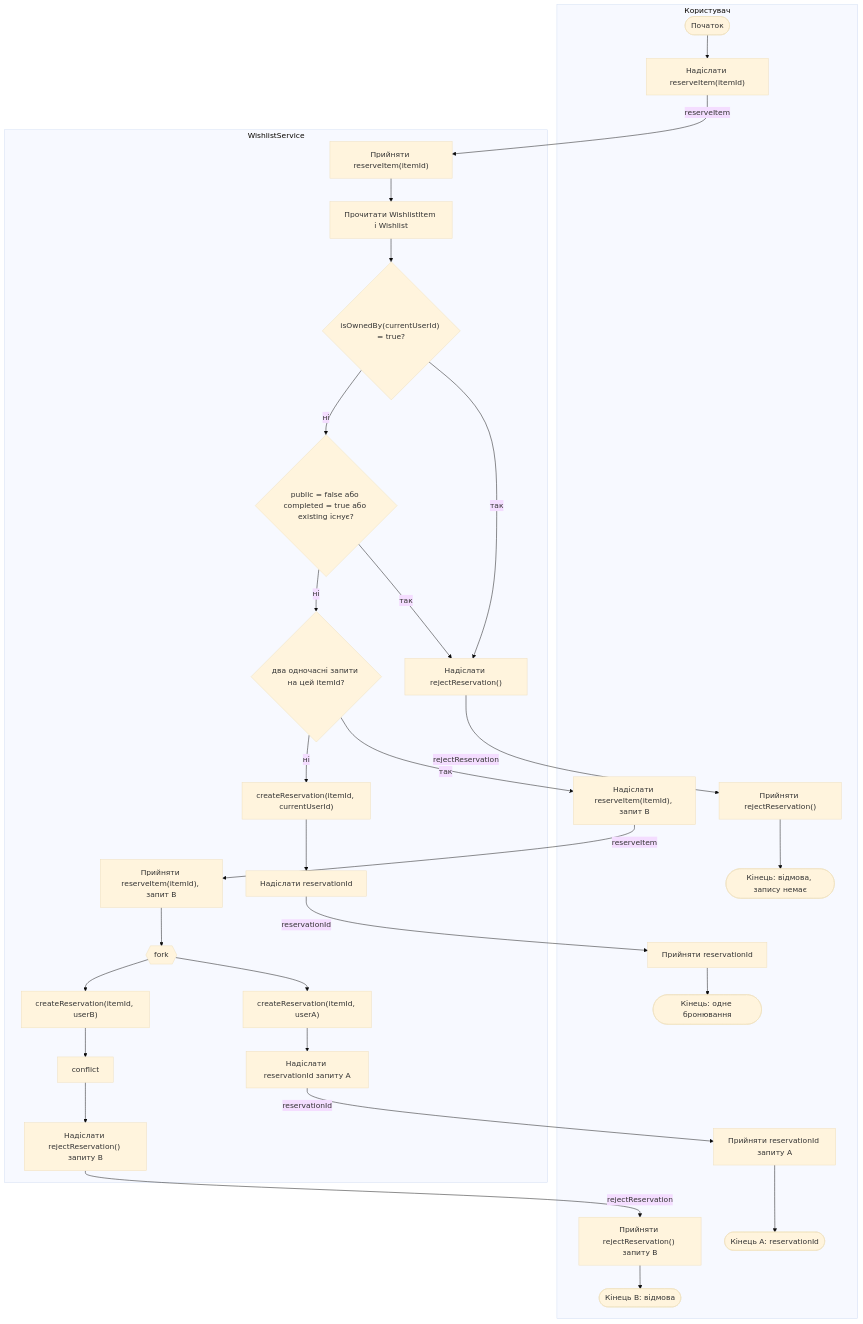
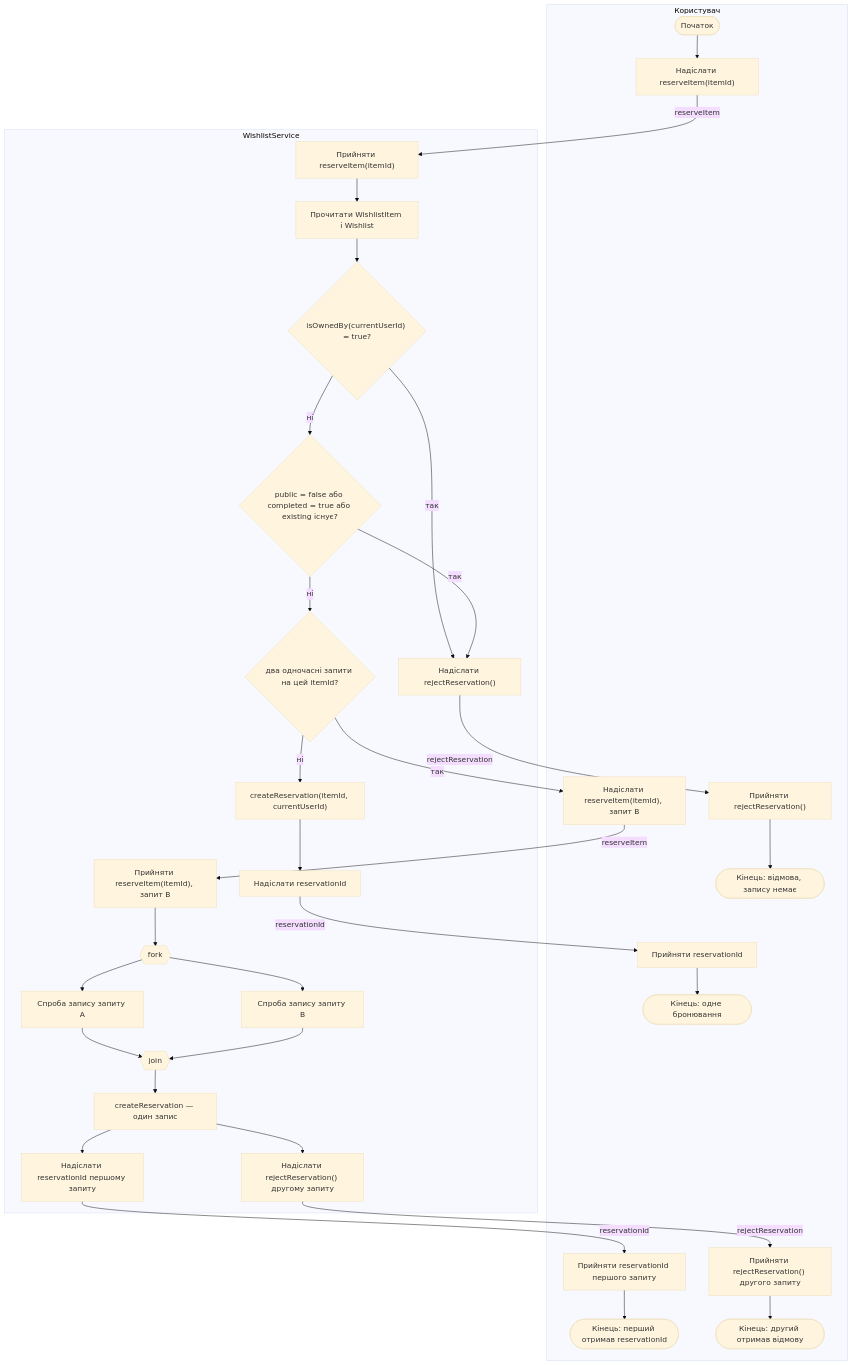
Before and after one commit to mariiahosp/kpi-labs: the diagram in lab4/reserve-item-activity.md, drawn with Mermaid (base theme). The commit also changed 1 other file, not shown here.

Commit message:
lab4: fix: join both reservation branches

````diff
--- a/lab4/reserve-item-activity.md
+++ b/lab4/reserve-item-activity.md
@@ -1,52 +1,58 @@
 ```mermaid
 flowchart TD
   subgraph userLane ["Користувач"]
     start([Початок])
     sendA["Надіслати reserveItem(itemId)"]
     sendB["Надіслати reserveItem(itemId), запит B"]
     takeId["Прийняти reservationId"]
     takeNo["Прийняти rejectReservation()"]
-    takeIdA["Прийняти reservationId запиту A"]
-    takeNoB["Прийняти rejectReservation() запиту B"]
     endOk([Кінець: одне бронювання])
     endNo([Кінець: відмова, запису немає])
-    endA([Кінець A: reservationId])
-    endB([Кінець B: відмова])
+    takeIdA["Прийняти reservationId першого запиту"]
+    takeNoB["Прийняти rejectReservation() другого запиту"]
+    endA([Кінець: перший отримав reservationId])
+    endB([Кінець: другий отримав відмову])
   end
 
   subgraph serviceLane ["WishlistService"]
     takeReq["Прийняти reserveItem(itemId)"]
     takeReqB["Прийняти reserveItem(itemId), запит B"]
     read["Прочитати WishlistItem і Wishlist"]
     own{"isOwnedBy(currentUserId) = true?"}
     guard{"public = false або completed = true або existing існує?"}
     two{"два одночасні запити на цей itemId?"}
     createOne["createReservation(itemId, currentUserId)"]
     sendNo["Надіслати rejectReservation()"]
     sendId["Надіслати reservationId"]
     fork{{"fork"}}
-    createA["createReservation(itemId, userA)"]
-    createB["createReservation(itemId, userB)"]
-    conflictB["conflict"]
-    sendIdA["Надіслати reservationId запиту A"]
-    sendNoB["Надіслати rejectReservation() запиту B"]
+    attemptA["Спроба запису запиту A"]
+    attemptB["Спроба запису запиту B"]
+    join{{"join"}}
+    createRace["createReservation — один запис"]
+    sendIdA["Надіслати reservationId першому запиту"]
+    sendNoB["Надіслати rejectReservation() другому запиту"]
   end
 
   start --> sendA
   sendA -->|reserveItem| takeReq
   takeReq --> read --> own
   own -->|так| sendNo
   own -->|ні| guard
   guard -->|так| sendNo
   guard -->|ні| two
   sendNo -->|rejectReservation| takeNo --> endNo
   two -->|ні| createOne --> sendId
   sendId -->|reservationId| takeId --> endOk
   two -->|так| sendB
   sendB -->|reserveItem| takeReqB --> fork
-  fork --> createA --> sendIdA
-  fork --> createB --> conflictB --> sendNoB
+  fork --> attemptA
+  fork --> attemptB
+  attemptA --> join
+  attemptB --> join
+  join --> createRace
+  createRace --> sendIdA
+  createRace --> sendNoB
   sendIdA -->|reservationId| takeIdA --> endA
   sendNoB -->|rejectReservation| takeNoB --> endB
 
 ```
````
